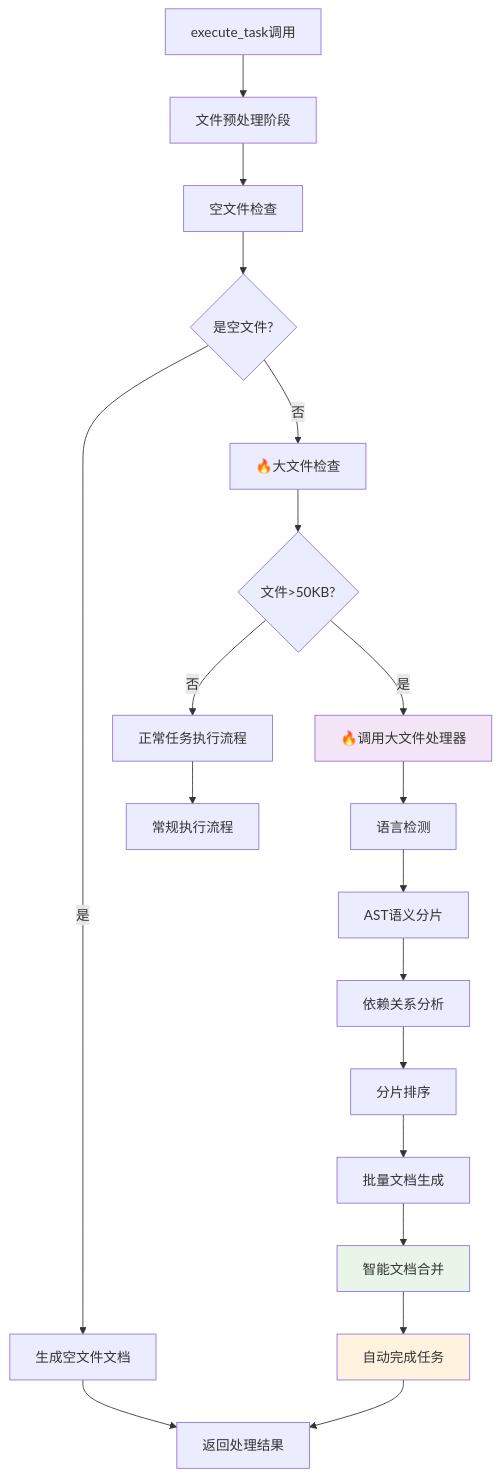
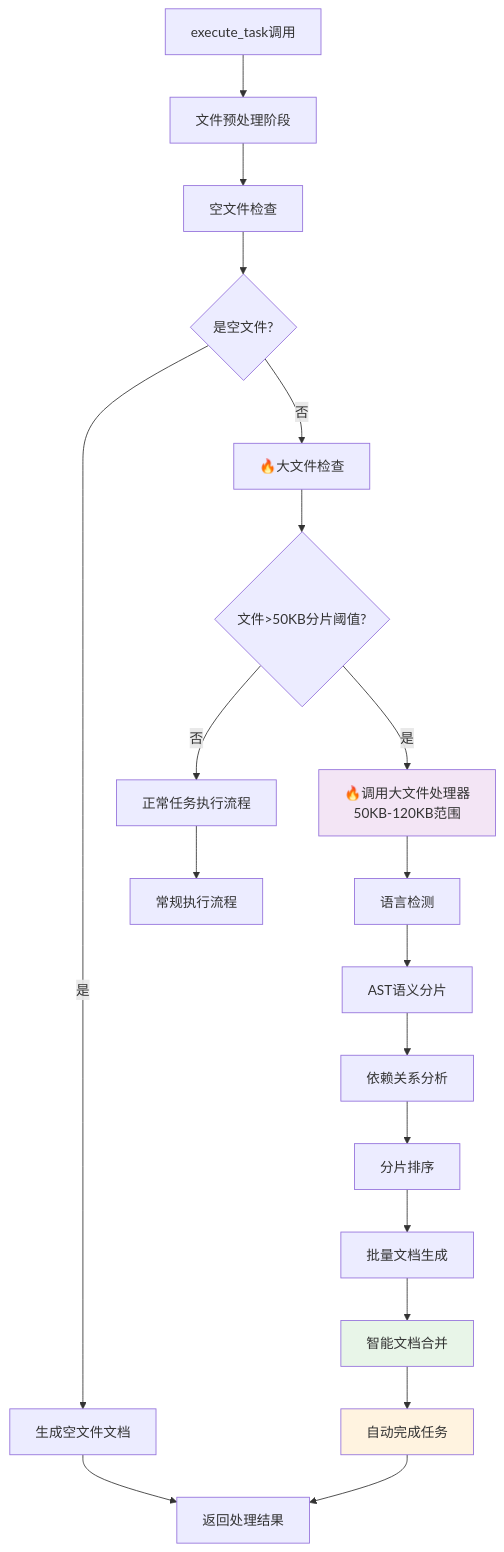
Before and after one commit to MGX-LJY/CodeLens: the first of 3 diagrams in docs/files/summaries/src/mcp_tools/task_execute.py.md, drawn with Mermaid. The commit also changed other lines of this file and 15 other files, not shown here.

````diff
--- a/docs/files/summaries/src/mcp_tools/task_execute.py.md
+++ b/docs/files/summaries/src/mcp_tools/task_execute.py.md
@@ -146,28 +153,28 @@
 ```mermaid
 graph TD
     A[execute_task调用] --> B[文件预处理阶段]
     B --> C[空文件检查]
     C --> D{是空文件?}
     D -->|是| E[生成空文件文档]
     D -->|否| F[🔥大文件检查]
     
-    F --> G{文件>50KB?}
+    F --> G{文件>50KB分片阈值?}
     G -->|否| H[正常任务执行流程]
-    G -->|是| I[🔥调用大文件处理器]
+    G -->|是| I[🔥调用大文件处理器\n50KB-120KB范围]
     
     I --> J[语言检测]
     J --> K[AST语义分片]
     K --> L[依赖关系分析]
     L --> M[分片排序]
     M --> N[批量文档生成]
     N --> O[智能文档合并]
     O --> P[自动完成任务]
     
     E --> Q[返回处理结果]
     P --> Q
     H --> R[常规执行流程]
     
     style I fill:#f3e5f5
     style O fill:#e8f5e8
     style P fill:#fff3e0
 ```
````
